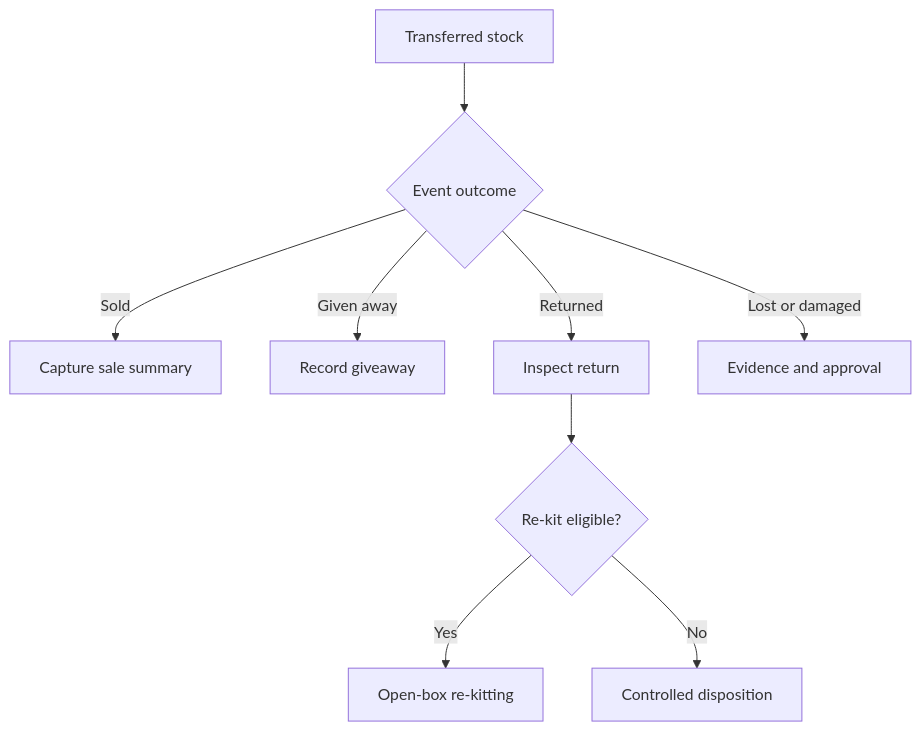
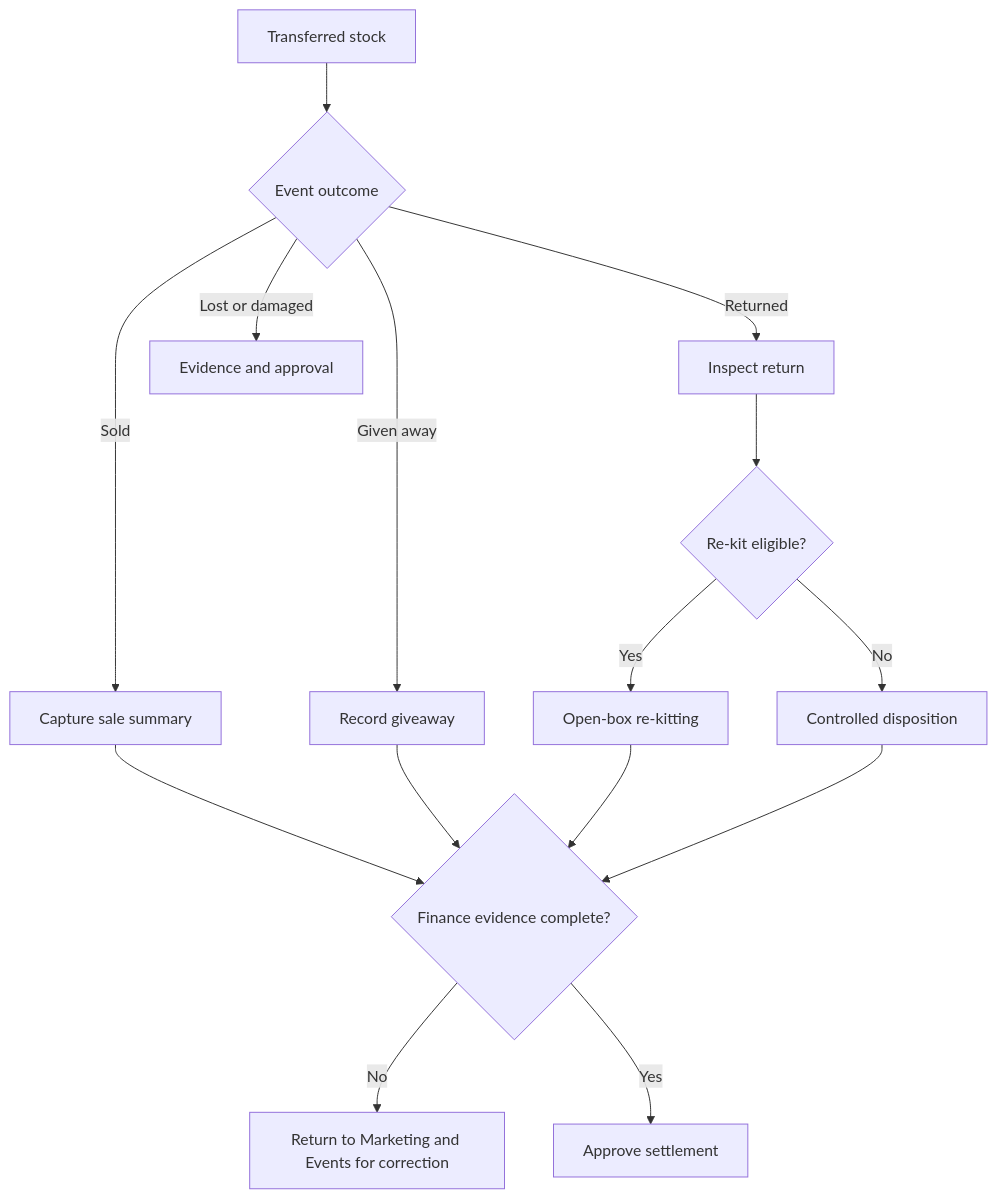
Before and after one commit to normanwashere/mwell-intra: diagram 24 of 27 in docs/manual/MWELL_INTRA_USER_MANUAL.md, drawn with Mermaid. The commit also changed other lines of this file and 114 other files, not shown here.

````diff
--- a/docs/manual/MWELL_INTRA_USER_MANUAL.md
+++ b/docs/manual/MWELL_INTRA_USER_MANUAL.md
@@ -580,12 +593,18 @@
 ```mermaid
 %% handbook-flow: workflow=event-custody; view=decision; stages=Demand|Approval|Transfer|Event|Outcome|Return|Settlement
 flowchart TD
   T[Transferred stock] --> O{Event outcome}
   O -->|Sold| S[Capture sale summary]
   O -->|Given away| G[Record giveaway]
   O -->|Returned| R[Inspect return]
   O -->|Lost or damaged| X[Evidence and approval]
   R --> K{Re-kit eligible?}
   K -->|Yes| Q[Open-box re-kitting]
   K -->|No| C[Controlled disposition]
+  S --> F{Finance evidence complete?}
+  G --> F
+  Q --> F
+  C --> F
+  F -->|No| M[Return to Marketing and Events for correction]
+  F -->|Yes| Z[Approve settlement]
 ```
````
